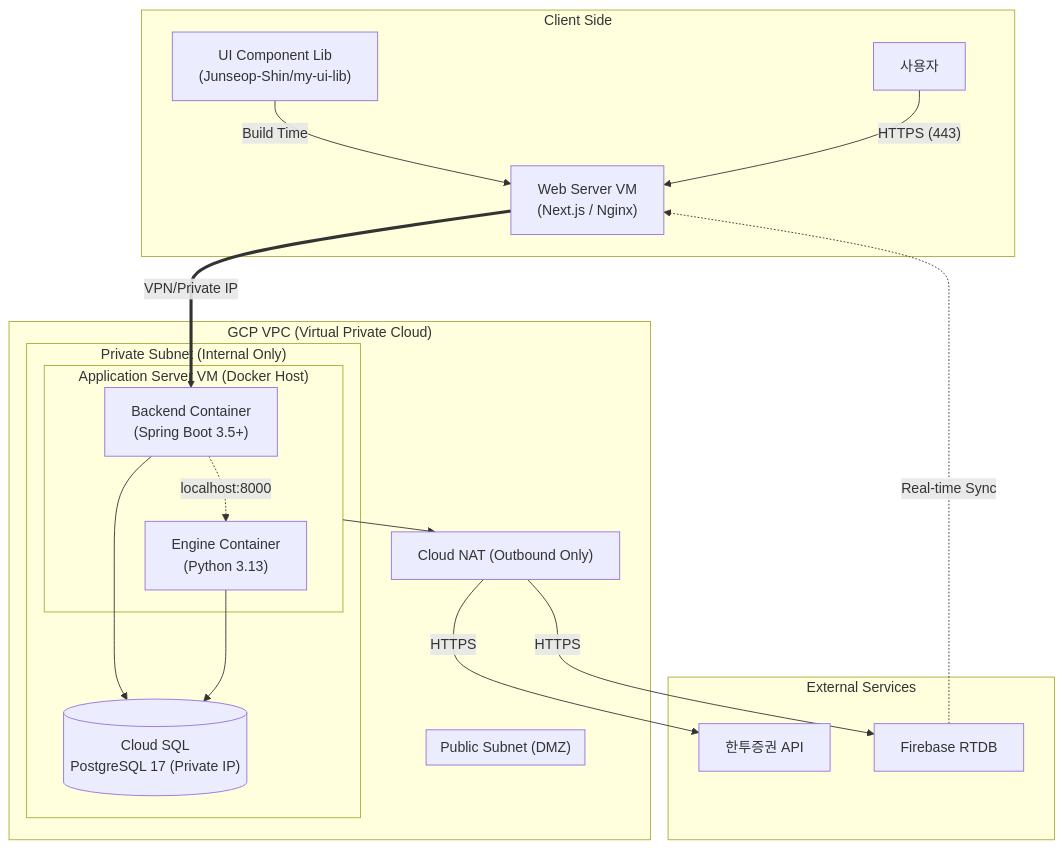
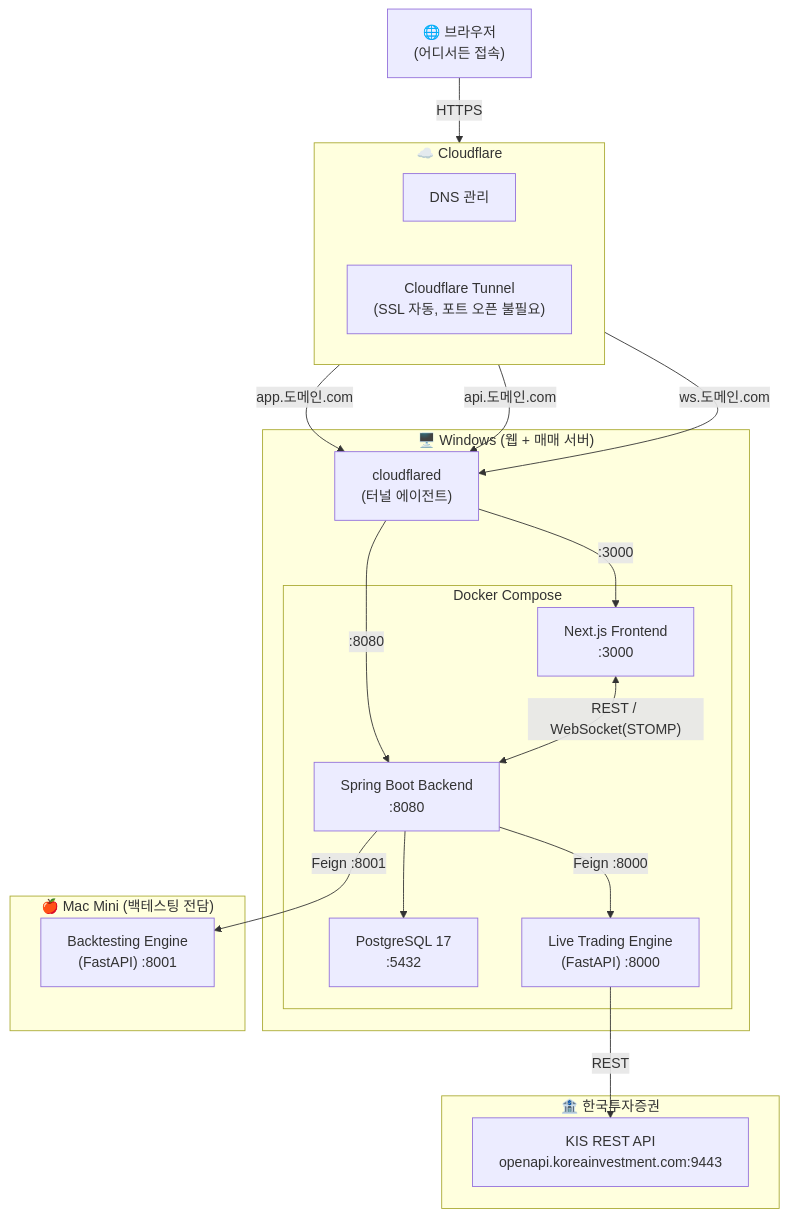
The first of 6 diagrams in README.md (Junseop-Shin/kis-trader), drawn with Mermaid before and after one commit. The commit also changed other lines of this file and 20 other files, not shown here.

````diff
--- a/README.md
+++ b/README.md
@@ -7,38 +11,43 @@
 ```mermaid
 graph TD
-    subgraph Client Side
-        User[사용자]
-        ExtLib["UI Component Lib<br/>(Junseop-Shin/my-ui-lib)"] -->|Build Time| Web
+    Browser["🌐 브라우저\n(어디서든 접속)"]
+
+    subgraph CF["☁️ Cloudflare"]
+        DNS["DNS 관리"]
+        Tunnel["Cloudflare Tunnel\n(SSL 자동, 포트 오픈 불필요)"]
     end
 
-    User -- HTTPS (443) --> Web["Web Server VM<br/>(Next.js)"]
-    
-    subgraph VPC ["GCP VPC (Virtual Private Cloud)"]
-        subgraph Public_Subnet ["Public Subnet (DMZ)"]
-            Web["Web Server VM<br/>(Next.js / Nginx)"]
+    subgraph WIN["🖥️ Windows (웹 + 매매 서버)"]
+        cloudflared["cloudflared\n(터널 에이전트)"]
+
+        subgraph DockerCompose["Docker Compose"]
+            Frontend["Next.js Frontend\n:3000"]
+            Backend["Spring Boot Backend\n:8080"]
+            DB["PostgreSQL 17\n:5432"]
+            LiveEngine["Live Trading Engine\n(FastAPI) :8000"]
         end
-        
-        subgraph Private_Subnet ["Private Subnet (Internal Only)"]
-            subgraph App_VM ["Application Server VM (Docker Host)"]
-                Backend["Backend Container<br/>(Spring Boot 3.5+)"]
-                Engine["Engine Container<br/>(Python 3.13)"]
-            end
-            
-            DB[("Cloud SQL<br/>PostgreSQL 17 (Private IP)")]
-            
-            Backend -.->|localhost:8000| Engine
-            Backend --> DB
-            Engine --> DB
-        end
-        
-        NAT["Cloud NAT (Outbound Only)"]
-        App_VM --> NAT
-        Web ==>|VPN/Private IP| Backend
     end
-    
-    subgraph External Services
-        NAT -- HTTPS --> KIS[한투증권 API]
-        NAT -- HTTPS --> Firebase[Firebase RTDB]
-        Firebase -.->|Real-time Sync| Web
+
+    subgraph MAC["🍎 Mac Mini (백테스팅 전담)"]
+        BacktestEngine["Backtesting Engine\n(FastAPI) :8001"]
     end
+
+    subgraph KIS["🏦 한국투자증권"]
+        KisAPI["KIS REST API\nopenapi.koreainvestment.com:9443"]
+    end
+
+    Browser -- "HTTPS" --> CF
+    CF -- "app.도메인.com" --> cloudflared
+    CF -- "api.도메인.com" --> cloudflared
+    CF -- "ws.도메인.com" --> cloudflared
+
+    cloudflared -- ":3000" --> Frontend
+    cloudflared -- ":8080" --> Backend
+
+    Frontend <-- "REST / WebSocket(STOMP)" --> Backend
+    Backend --> DB
+    Backend -- "Feign :8000" --> LiveEngine
+    Backend -- "Feign :8001" --> BacktestEngine
+
+    LiveEngine -- "REST" --> KisAPI
 ```
````
